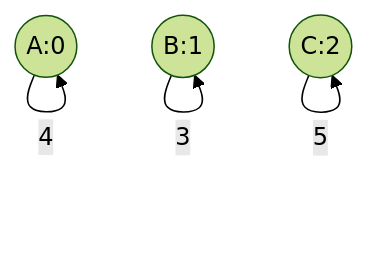
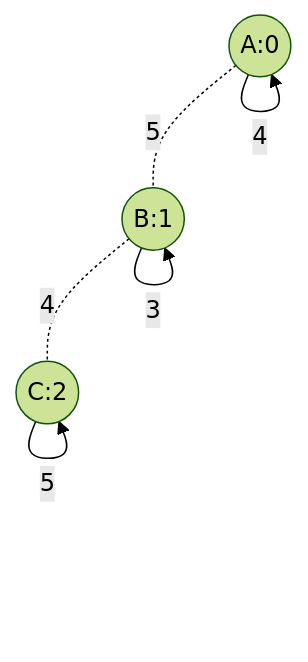
Before and after one commit to randomfunkstyle/randomfun2025swift: the diagram in Resources/TestMaps/three_rooms_five_loops.md, drawn with Mermaid (forest theme). The commit also changed 8 other files, not shown here.

````diff
--- a/Resources/TestMaps/three_rooms_five_loops.md
+++ b/Resources/TestMaps/three_rooms_five_loops.md
@@ -3,21 +3,24 @@
 ```mermaid
 graph TD
     A((A:0))
     B((B:1))
     C((C:2))
+
+    A -.5.- B
+    B -.4.- C
 
     A --0--> A
     A --1--> A
     A --2--> A
     A --3--> A
     A --4--> A
     B --0--> B
     B --1--> B
     B --2--> B
     B --3--> B
     C --0--> C
     C --1--> C
     C --2--> C
     C --3--> C
     C --5--> C
 ```
````
